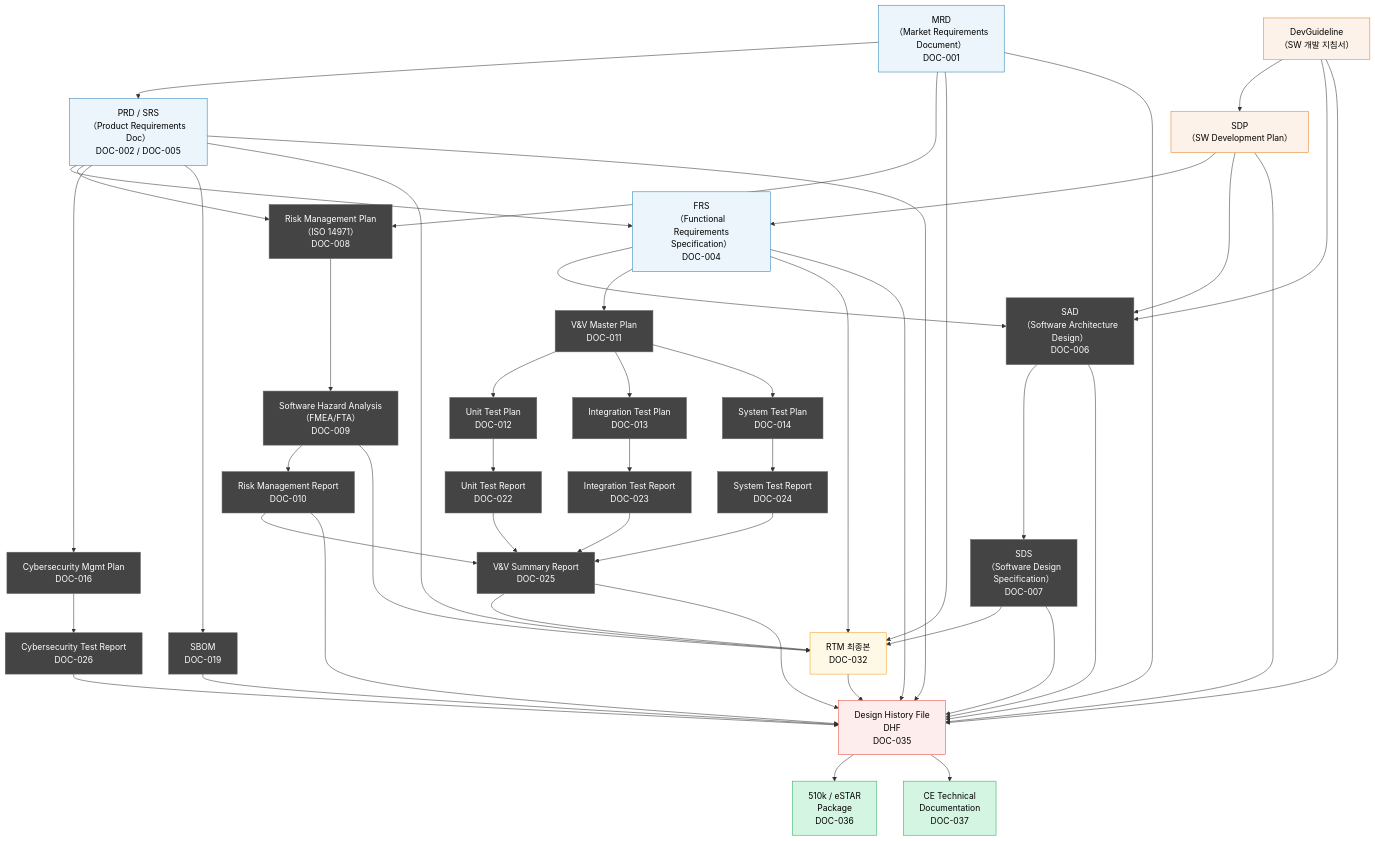
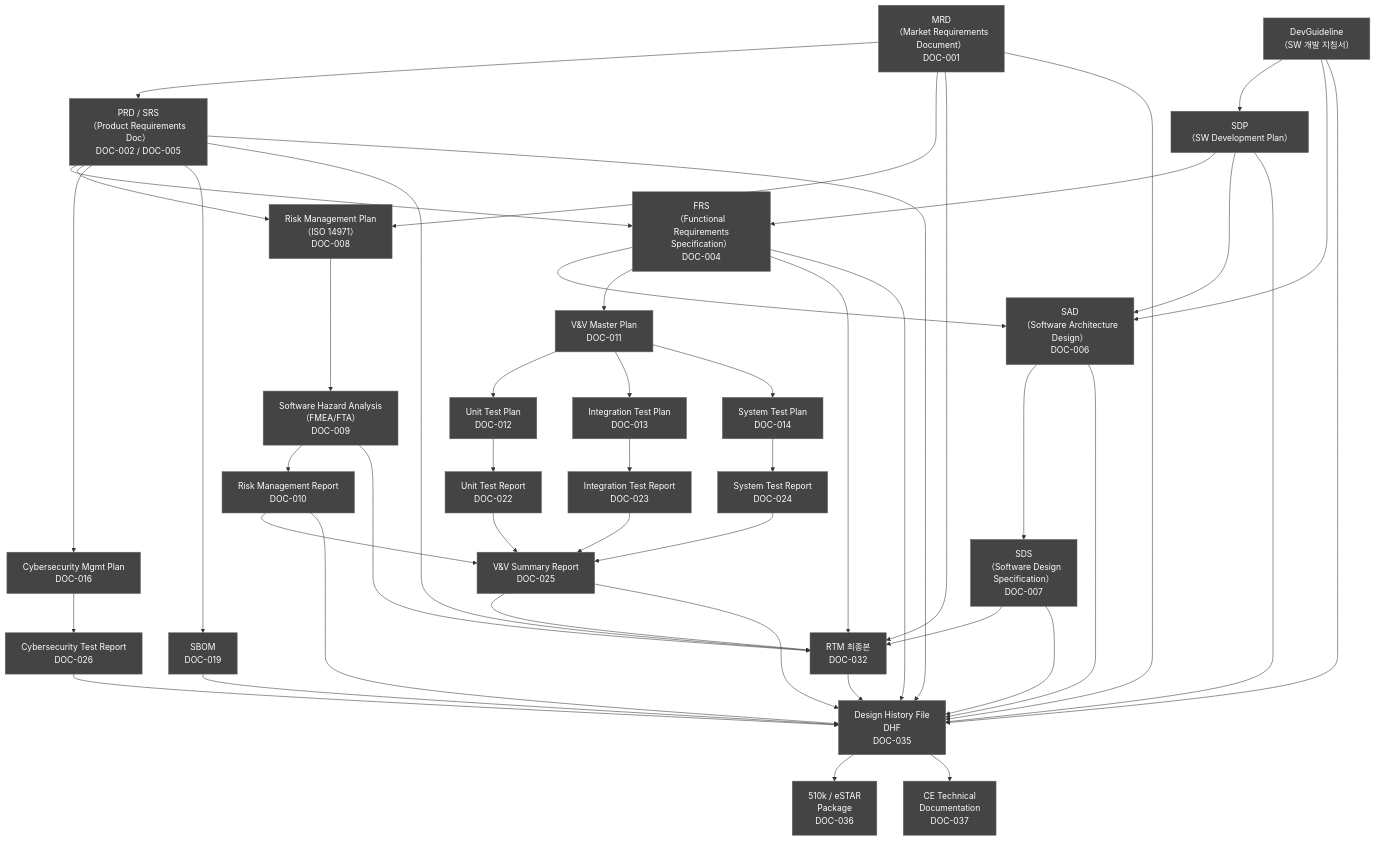
The sixth of 10 diagrams in docs/management/WBS-001_WBS_v1.0.md (holee9/console-gui), drawn with Mermaid before and after one commit. The commit also changed other lines of this file and 35 other files, not shown here.

First line of the commit message:
fix: 전체 Mermaid 차트 색상 진한 회색 통일

````diff
--- a/docs/management/WBS-001_WBS_v1.0.md
+++ b/docs/management/WBS-001_WBS_v1.0.md
@@ -437,13 +437,13 @@
     DHF --> eSTAR
     DHF --> CE
 
-    style MRD fill:#EBF5FB,stroke:#2980B9,color:#000
-    style PRD fill:#EBF5FB,stroke:#2980B9,color:#000
-    style FRS fill:#EBF5FB,stroke:#2980B9,color:#000
-    style SDP fill:#FDF2E9,stroke:#E67E22,color:#000
-    style DevGL fill:#FDF2E9,stroke:#E67E22,color:#000
-    style DHF fill:#FDEDEC,stroke:#E74C3C,color:#000
-    style eSTAR fill:#D5F5E3,stroke:#27AE60,color:#000
-    style CE fill:#D5F5E3,stroke:#27AE60,color:#000
-    style RTM fill:#FEF9E7,stroke:#F39C12,color:#000
+    style MRD fill:#444,stroke:#666,color:#fff
+    style PRD fill:#444,stroke:#666,color:#fff
+    style FRS fill:#444,stroke:#666,color:#fff
+    style SDP fill:#444,stroke:#666,color:#fff
+    style DevGL fill:#444,stroke:#666,color:#fff
+    style DHF fill:#444,stroke:#666,color:#fff
+    style eSTAR fill:#444,stroke:#666,color:#fff
+    style CE fill:#444,stroke:#666,color:#fff
+    style RTM fill:#444,stroke:#666,color:#fff
 ```
````
